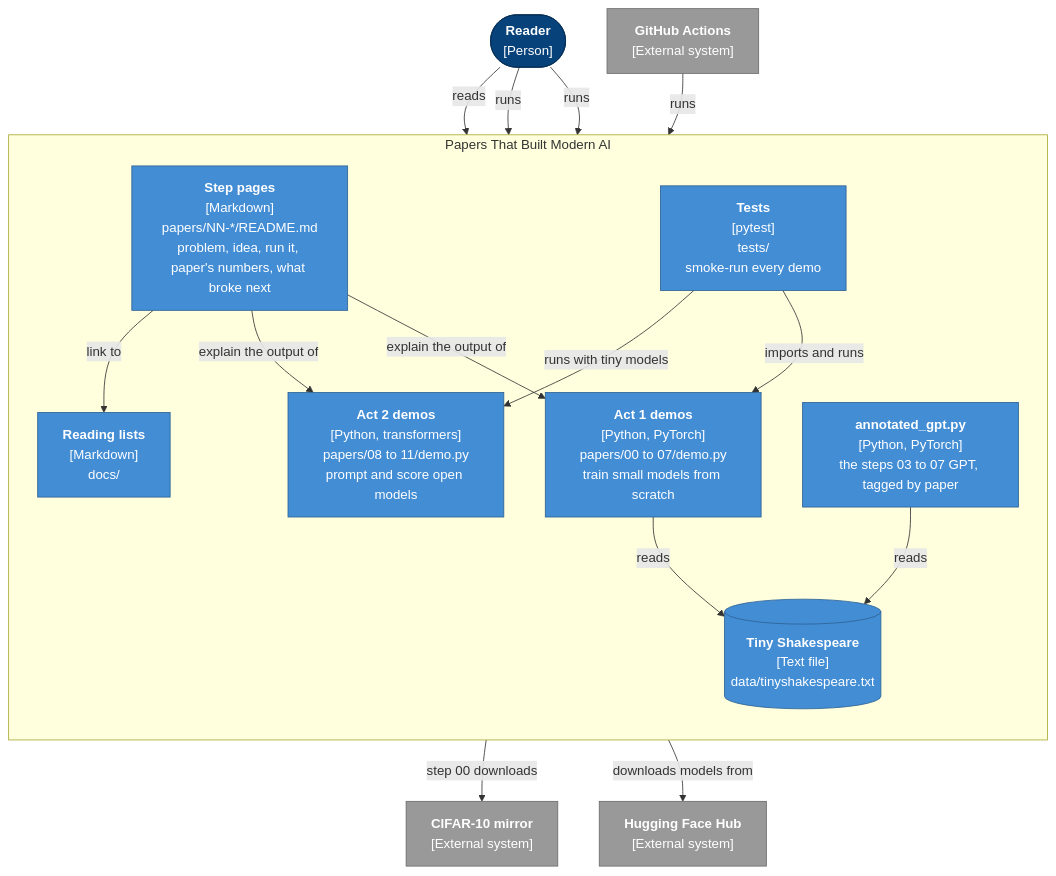
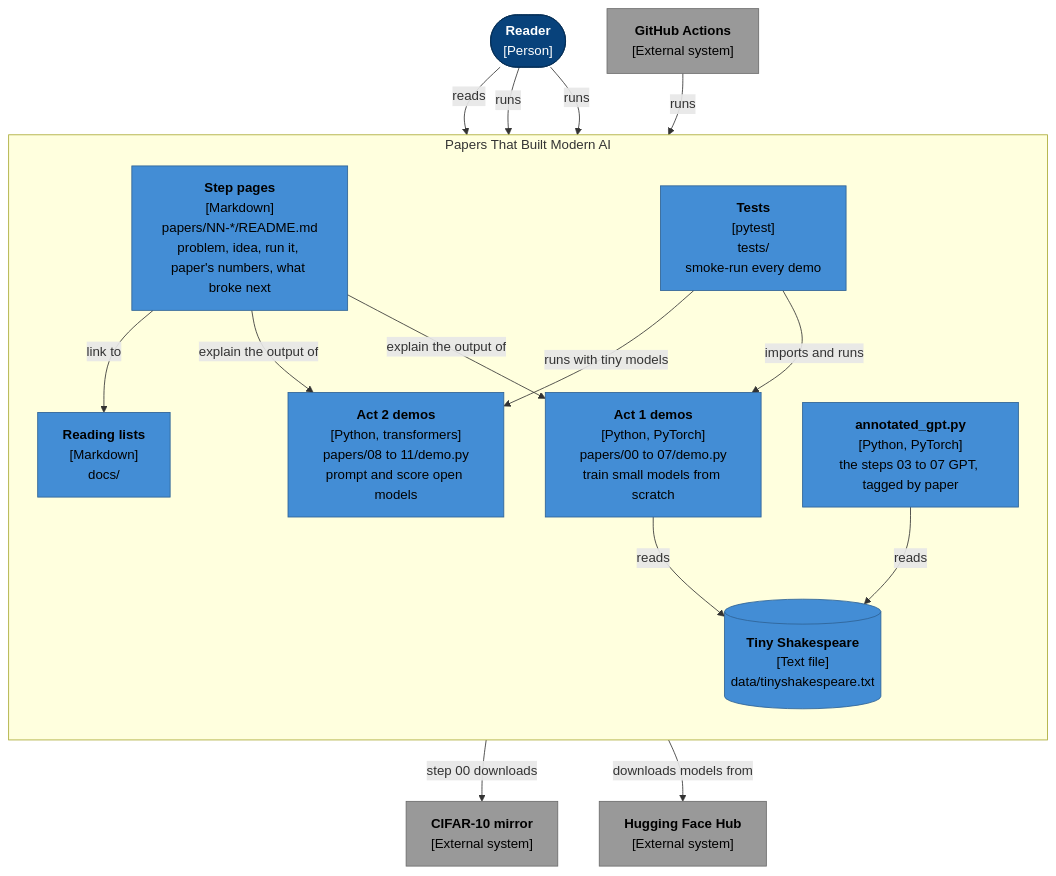
Before and after one commit to mlvpatel/papers-that-built-ai: the third of 4 diagrams in README.md, drawn with Mermaid. The commit also changed other lines of this file and 4 other files, not shown here.

Commit message:
fix: commit the inputs for requirements-ci.txt and raise diagram contrast (#3)

````diff
--- a/README.md
+++ b/README.md
@@ -90,38 +90,38 @@
 ```mermaid
 flowchart TB
     reader(["<b>Reader</b><br/>[Person]"])
     subgraph repo ["Papers That Built Modern AI"]
         direction TB
         pages["<b>Step pages</b><br/>[Markdown]<br/>papers/NN-*/README.md<br/>problem, idea, run it, paper's numbers, what broke next"]
         act1["<b>Act 1 demos</b><br/>[Python, PyTorch]<br/>papers/00 to 07/demo.py<br/>train small models from scratch"]
         gpt["<b>annotated_gpt.py</b><br/>[Python, PyTorch]<br/>the steps 03 to 07 GPT, tagged by paper"]
         act2["<b>Act 2 demos</b><br/>[Python, transformers]<br/>papers/08 to 11/demo.py<br/>prompt and score open models"]
         data[("<b>Tiny Shakespeare</b><br/>[Text file]<br/>data/tinyshakespeare.txt")]
         docs["<b>Reading lists</b><br/>[Markdown]<br/>docs/"]
         tests["<b>Tests</b><br/>[pytest]<br/>tests/<br/>smoke-run every demo"]
     end
     hf["<b>Hugging Face Hub</b><br/>[External system]"]
     cifar["<b>CIFAR-10 mirror</b><br/>[External system]"]
     ci["<b>GitHub Actions</b><br/>[External system]"]
 
     reader -- "reads" --> pages
     reader -- "runs" --> act1
     reader -- "runs" --> act2
     pages -- "explain the output of" --> act1
     pages -- "explain the output of" --> act2
     pages -- "link to" --> docs
     act1 -- "reads" --> data
     gpt -- "reads" --> data
     act1 -- "step 00 downloads" --> cifar
     act2 -- "downloads models from" --> hf
     tests -- "imports and runs" --> act1
     tests -- "runs with tiny models" --> act2
     ci -- "runs" --> tests
 
     classDef person fill:#08427B,stroke:#052E56,color:#fff
-    classDef container fill:#438DD5,stroke:#2E6295,color:#fff
-    classDef external fill:#999999,stroke:#6B6B6B,color:#fff
+    classDef container fill:#438DD5,stroke:#2E6295,color:#000
+    classDef external fill:#999999,stroke:#6B6B6B,color:#000
     class reader person
     class pages,act1,gpt,act2,data,docs,tests container
     class hf,cifar,ci external
 ```
````
